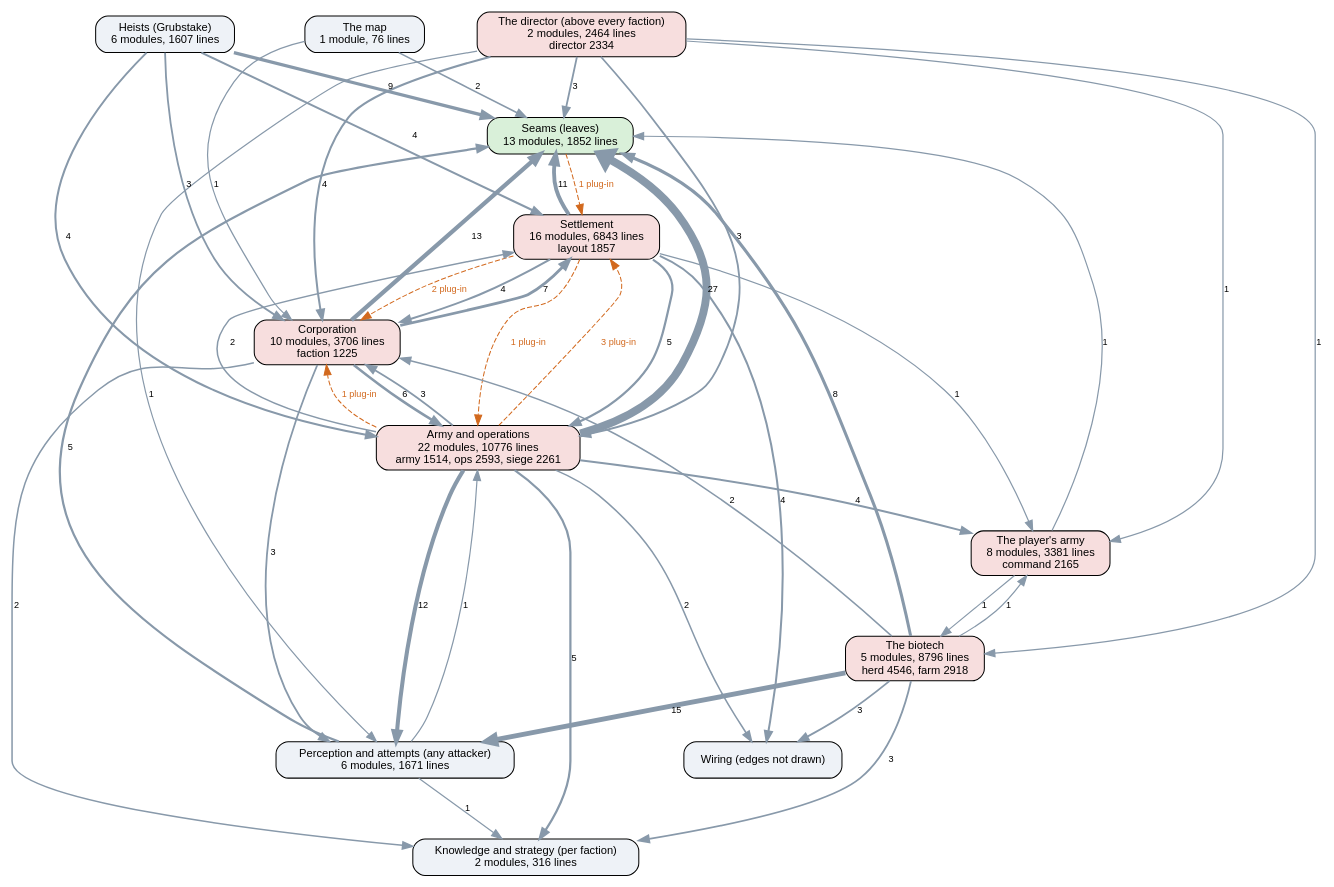
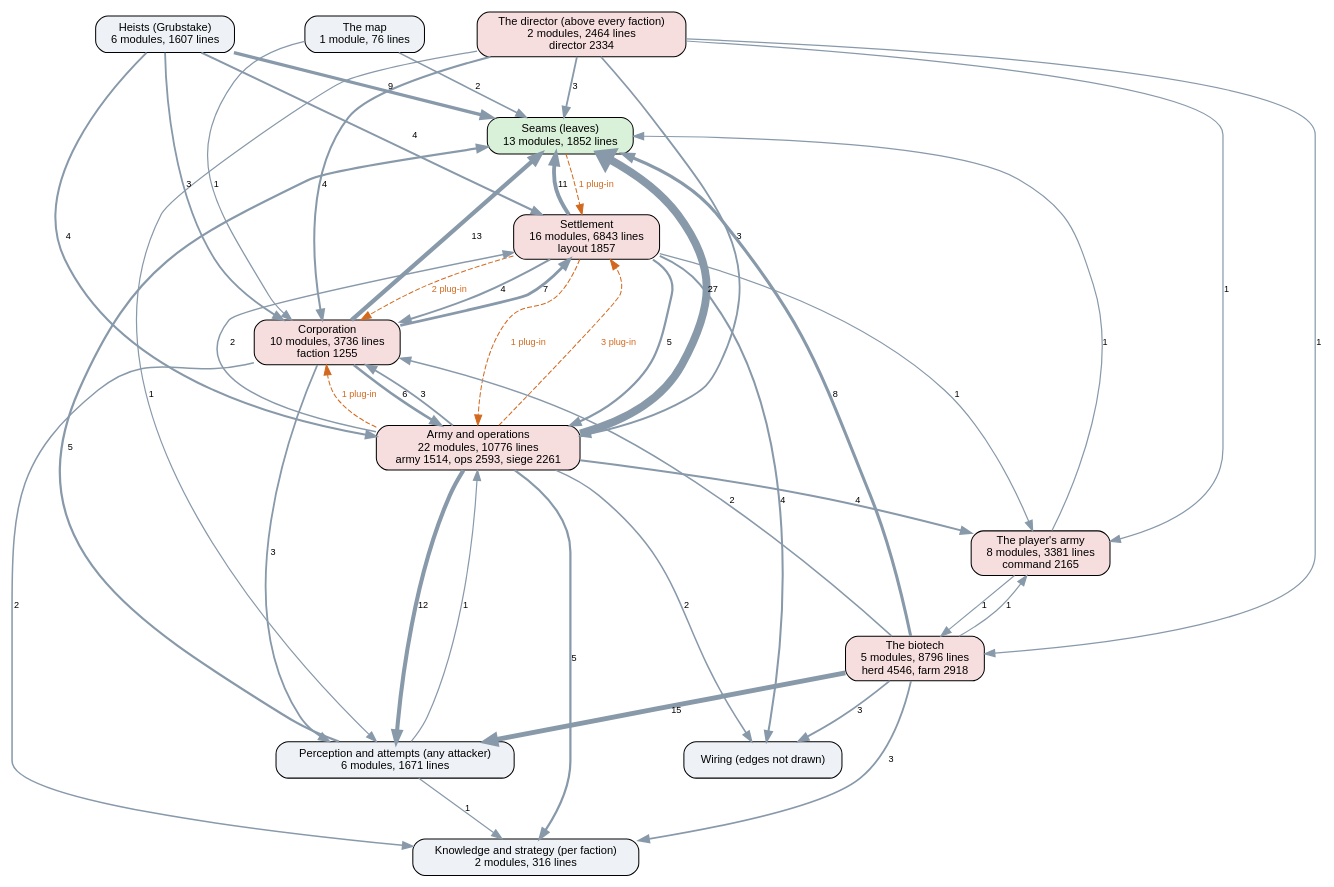
The diagram in docs/ai-layers.dot (kinelhu/landing-party), drawn with Graphviz before and after one commit. The commit also changed 10 other files, not shown here.

```diff
--- a/docs/ai-layers.dot
+++ b/docs/ai-layers.dot
@@ -1,61 +1,61 @@
 digraph layers {
   graph [rankdir=TB, fontname="Helvetica", nodesep=0.5, ranksep=0.7];
   node [shape=box, style="rounded,filled", fontname="Helvetica", fontsize=11, fillcolor="#eef2f7"];
   edge [color="#8899aa", fontname="Helvetica", fontsize=9];
   "Seams (leaves)" [label="Seams (leaves)\n13 modules, 1852 lines", fillcolor="#d9f0d9"];
   "Perception and attempts (any attacker)" [label="Perception and attempts (any attacker)\n6 modules, 1671 lines", fillcolor="#eef2f7"];
   "Knowledge and strategy (per faction)" [label="Knowledge and strategy (per faction)\n2 modules, 316 lines", fillcolor="#eef2f7"];
   "The director (above every faction)" [label="The director (above every faction)\n2 modules, 2464 lines\ndirector 2334", fillcolor="#f7dede"];
-  "Corporation" [label="Corporation\n10 modules, 3706 lines\nfaction 1225", fillcolor="#f7dede"];
+  "Corporation" [label="Corporation\n10 modules, 3736 lines\nfaction 1255", fillcolor="#f7dede"];
   "Settlement" [label="Settlement\n16 modules, 6843 lines\nlayout 1857", fillcolor="#f7dede"];
   "Army and operations" [label="Army and operations\n22 modules, 10776 lines\narmy 1514, ops 2593, siege 2261", fillcolor="#f7dede"];
   "Heists (Grubstake)" [label="Heists (Grubstake)\n6 modules, 1607 lines", fillcolor="#eef2f7"];
   "The biotech" [label="The biotech\n5 modules, 8796 lines\nherd 4546, farm 2918", fillcolor="#f7dede"];
   "The map" [label="The map\n1 module, 76 lines", fillcolor="#eef2f7"];
   "The player's army" [label="The player's army\n8 modules, 3381 lines\ncommand 2165", fillcolor="#f7dede"];
   "Army and operations" -> "Corporation" [label="3", penwidth=1.8];
   "Army and operations" -> "Knowledge and strategy (per faction)" [label="5", penwidth=2.2];
   "Army and operations" -> "Perception and attempts (any attacker)" [label="12", penwidth=4.0];
   "Army and operations" -> "Seams (leaves)" [label="27", penwidth=7.8];
   "Army and operations" -> "Settlement" [label="2", penwidth=1.5];
   "Army and operations" -> "The player's army" [label="4", penwidth=2.0];
   "Army and operations" -> "Wiring (edges not drawn)" [label="2", penwidth=1.5];
   "Corporation" -> "Army and operations" [label="6", penwidth=2.5];
   "Corporation" -> "Knowledge and strategy (per faction)" [label="2", penwidth=1.5];
   "Corporation" -> "Perception and attempts (any attacker)" [label="3", penwidth=1.8];
   "Corporation" -> "Seams (leaves)" [label="13", penwidth=4.2];
   "Corporation" -> "Settlement" [label="7", penwidth=2.8];
   "Heists (Grubstake)" -> "Army and operations" [label="4", penwidth=2.0];
   "Heists (Grubstake)" -> "Corporation" [label="3", penwidth=1.8];
   "Heists (Grubstake)" -> "Seams (leaves)" [label="9", penwidth=3.2];
   "Heists (Grubstake)" -> "Settlement" [label="4", penwidth=2.0];
   "Perception and attempts (any attacker)" -> "Army and operations" [label="1", penwidth=1.2];
   "Perception and attempts (any attacker)" -> "Knowledge and strategy (per faction)" [label="1", penwidth=1.2];
   "Perception and attempts (any attacker)" -> "Seams (leaves)" [label="5", penwidth=2.2];
   "Settlement" -> "Army and operations" [label="5", penwidth=2.2];
   "Settlement" -> "Corporation" [label="4", penwidth=2.0];
   "Settlement" -> "Seams (leaves)" [label="11", penwidth=3.8];
   "Settlement" -> "The player's army" [label="1", penwidth=1.2];
   "Settlement" -> "Wiring (edges not drawn)" [label="4", penwidth=2.0];
   "The biotech" -> "Corporation" [label="2", penwidth=1.5];
   "The biotech" -> "Knowledge and strategy (per faction)" [label="3", penwidth=1.8];
   "The biotech" -> "Perception and attempts (any attacker)" [label="15", penwidth=4.8];
   "The biotech" -> "Seams (leaves)" [label="8", penwidth=3.0];
   "The biotech" -> "The player's army" [label="1", penwidth=1.2];
   "The biotech" -> "Wiring (edges not drawn)" [label="3", penwidth=1.8];
   "The director (above every faction)" -> "Army and operations" [label="3", penwidth=1.8];
   "The director (above every faction)" -> "Corporation" [label="4", penwidth=2.0];
   "The director (above every faction)" -> "Perception and attempts (any attacker)" [label="1", penwidth=1.2];
   "The director (above every faction)" -> "Seams (leaves)" [label="3", penwidth=1.8];
   "The director (above every faction)" -> "The biotech" [label="1", penwidth=1.2];
   "The director (above every faction)" -> "The player's army" [label="1", penwidth=1.2];
   "The map" -> "Corporation" [label="1", penwidth=1.2];
   "The map" -> "Seams (leaves)" [label="2", penwidth=1.5];
   "The player's army" -> "Seams (leaves)" [label="1", penwidth=1.2];
   "The player's army" -> "The biotech" [label="1", penwidth=1.2];
   "Army and operations" -> "Corporation" [style=dashed, color="#d2691e", fontcolor="#d2691e", label="1 plug-in"];
   "Army and operations" -> "Settlement" [style=dashed, color="#d2691e", fontcolor="#d2691e", label="3 plug-in"];
   "Seams (leaves)" -> "Settlement" [style=dashed, color="#d2691e", fontcolor="#d2691e", label="1 plug-in"];
   "Settlement" -> "Army and operations" [style=dashed, color="#d2691e", fontcolor="#d2691e", label="1 plug-in"];
   "Settlement" -> "Corporation" [style=dashed, color="#d2691e", fontcolor="#d2691e", label="2 plug-in"];
 }
```
